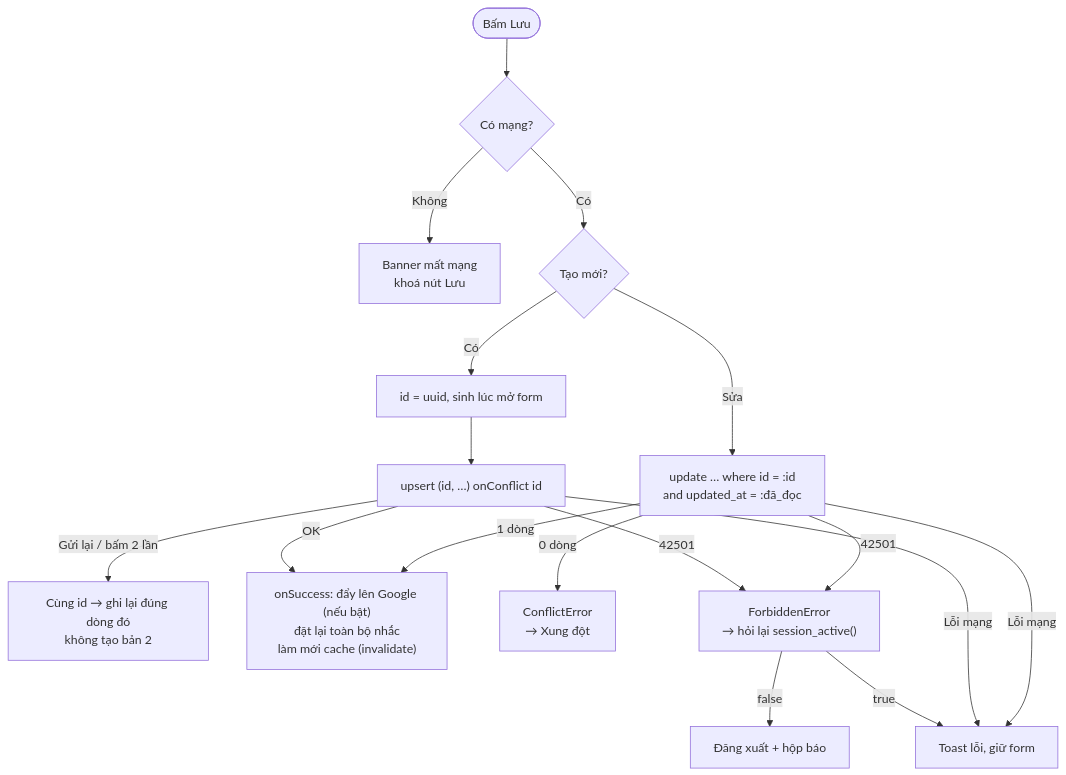
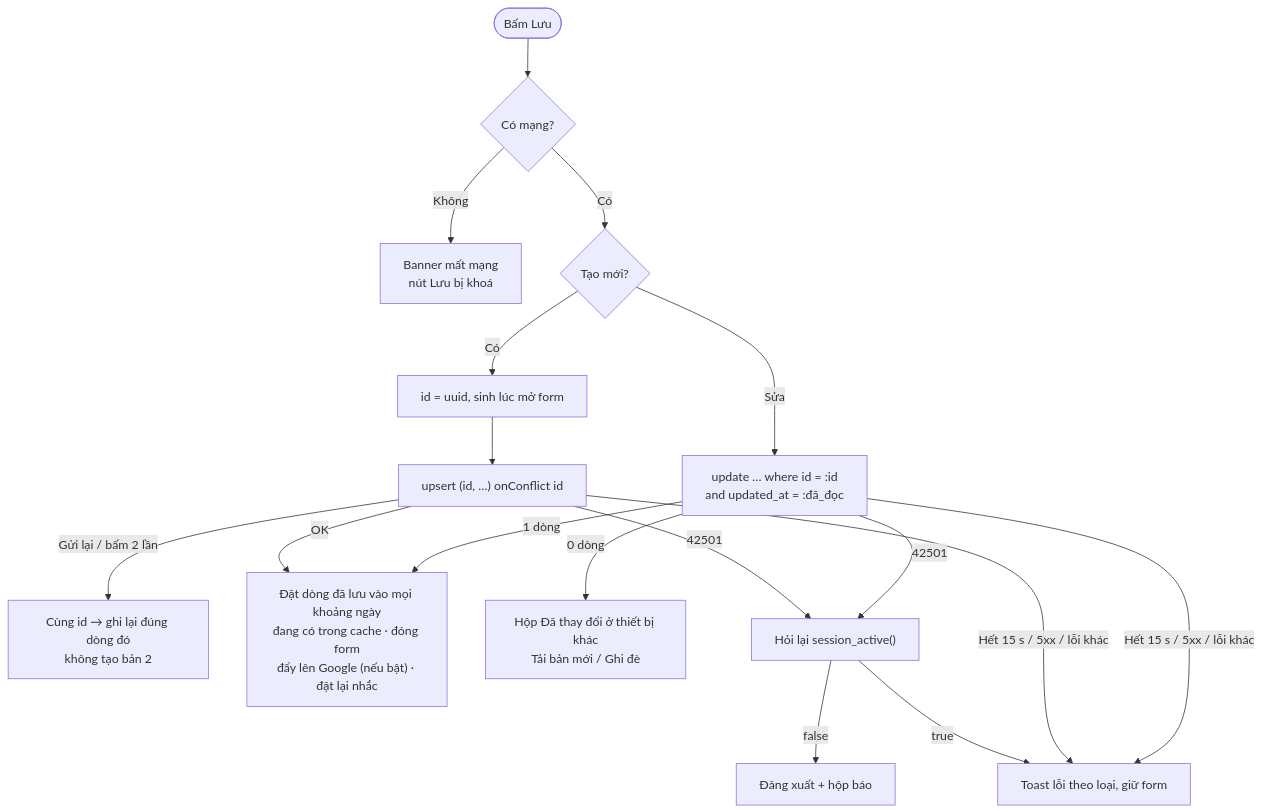
Before and after one commit to danhbuidcn/daynest: the first of 2 diagrams in docs/specs/architecture/data-writes.md, drawn with Mermaid. The commit also changed other lines of this file and 13 other files, not shown here.

Commit message:
docs: architecture per latest spec

````diff
--- a/docs/specs/architecture/data-writes.md
+++ b/docs/specs/architecture/data-writes.md
@@ -5,19 +11,19 @@
 ```mermaid
 flowchart TD
   Save(["Bấm Lưu"]) --> Online{"Có mạng?"}
-  Online -->|Không| Block["Banner mất mạng<br/>khoá nút Lưu"]
+  Online -->|Không| Block["Banner mất mạng<br/>nút Lưu bị khoá"]
   Online -->|Có| New{"Tạo mới?"}
 
   New -->|Có| Gen["id = uuid, sinh lúc mở form"] --> Ins["upsert (id, …) onConflict id"]
   Ins -->|"Gửi lại / bấm 2 lần"| Dup["Cùng id → ghi lại đúng dòng đó<br/>không tạo bản 2"]
   Ins -->|OK| Done
 
   New -->|"Sửa"| Upd["update … where id = :id<br/>and updated_at = :đã_đọc"]
-  Upd -->|"1 dòng"| Done["onSuccess: đẩy lên Google (nếu bật)<br/>đặt lại toàn bộ nhắc<br/>làm mới cache (invalidate)"]
-  Upd -->|"0 dòng"| Conflict["ConflictError<br/>→ Xung đột"]
+  Upd -->|"1 dòng"| Done["Đặt dòng đã lưu vào mọi khoảng ngày<br/>đang có trong cache · đóng form<br/>đẩy lên Google (nếu bật) · đặt lại nhắc"]
+  Upd -->|"0 dòng"| Conflict["Hộp Đã thay đổi ở thiết bị khác<br/>Tải bản mới / Ghi đè"]
 
-  Ins & Upd -->|"42501"| Forbidden["ForbiddenError<br/>→ hỏi lại session_active()"]
+  Ins & Upd -->|"42501"| Forbidden["Hỏi lại session_active()"]
   Forbidden -->|false| Out["Đăng xuất + hộp báo"]
-  Forbidden -->|true| Toast["Toast lỗi, giữ form"]
-  Ins & Upd -->|"Lỗi mạng"| Toast
+  Forbidden -->|true| Toast["Toast lỗi theo loại, giữ form"]
+  Ins & Upd -->|"Hết 15 s / 5xx / lỗi khác"| Toast
 ```
````
